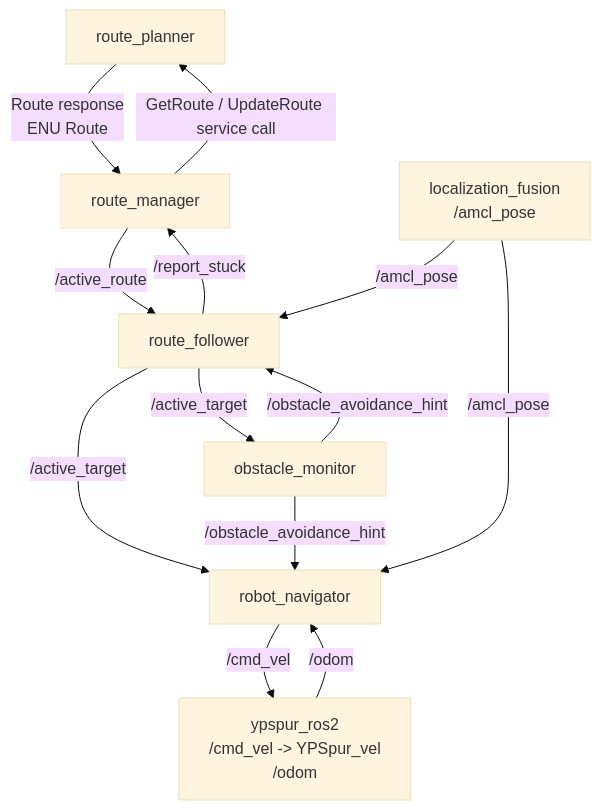
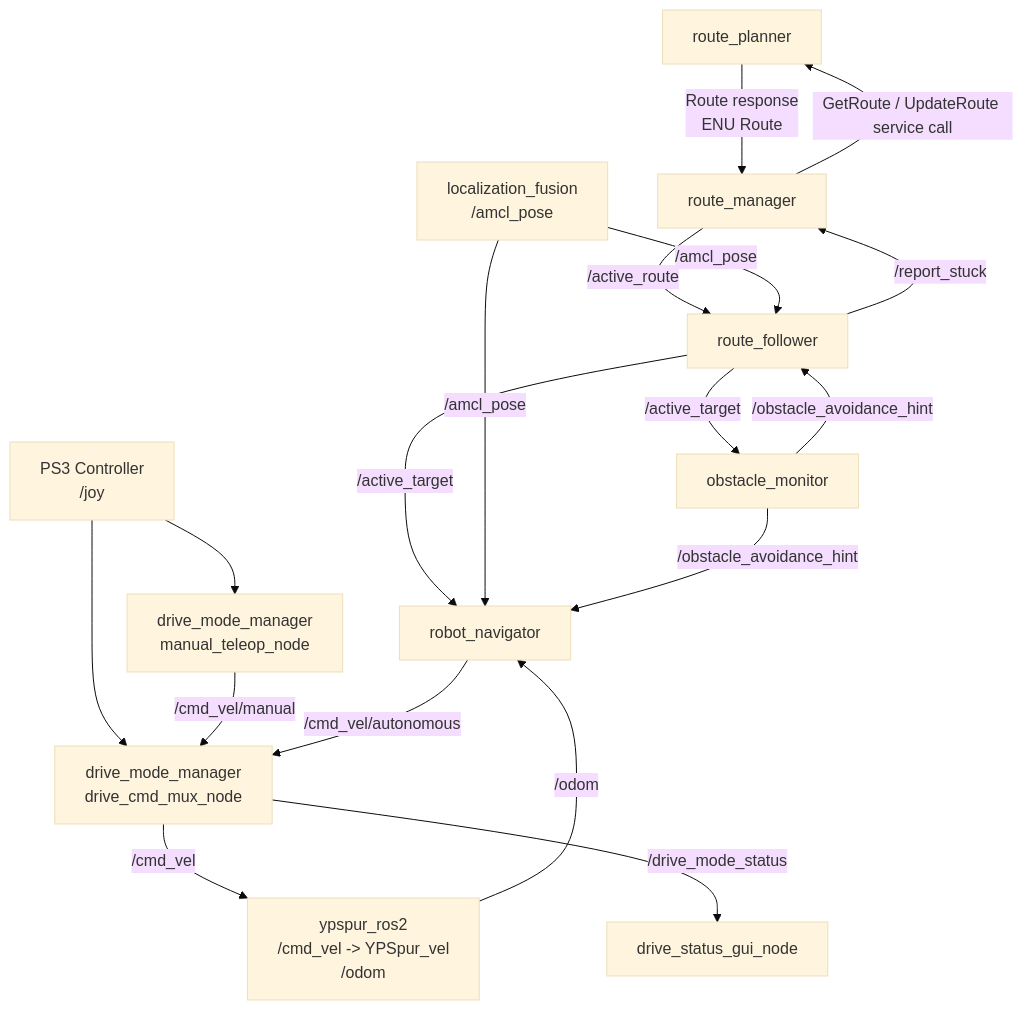
The third of 7 diagrams in docs/次期システム_アーキテクチャ検討レポート.md (kazoga/tc2026), drawn with Mermaid (base theme) before and after one commit. The commit also changed other lines of this file and 6 other files, not shown here.

Commit message:
docs: add drive mode manager design

````diff
--- a/docs/次期システム_アーキテクチャ検討レポート.md
+++ b/docs/次期システム_アーキテクチャ検討レポート.md
@@ -371,23 +400,32 @@
 ```mermaid
 flowchart TD
   RP["route_planner"]
   RM["route_manager"]
   RF["route_follower"]
   RN["robot_navigator"]
   OM["obstacle_monitor"]
   LOC["localization_fusion<br/>/amcl_pose"]
+  JOY["PS3 Controller<br/>/joy"]
+  TELEOP["drive_mode_manager<br/>manual_teleop_node"]
+  MUX["drive_mode_manager<br/>drive_cmd_mux_node"]
+  DGUI["drive_status_gui_node"]
   YP["ypspur_ros2<br/>/cmd_vel -> YPSpur_vel<br/>/odom"]
 
   RM -- "GetRoute / UpdateRoute service call" --> RP
   RP -- "Route response<br/>ENU Route" --> RM
   RM -- "/active_route" --> RF
   LOC -- "/amcl_pose" --> RF
   RF -- "/active_target" --> RN
   RF -- "/active_target" --> OM
   LOC -- "/amcl_pose" --> RN
   YP -- "/odom" --> RN
   OM -- "/obstacle_avoidance_hint" --> RF
   OM -- "/obstacle_avoidance_hint" --> RN
-  RN -- "/cmd_vel" --> YP
+  JOY --> TELEOP
+  JOY --> MUX
+  TELEOP -- "/cmd_vel/manual" --> MUX
+  RN -- "/cmd_vel/autonomous" --> MUX
+  MUX -- "/cmd_vel" --> YP
+  MUX -- "/drive_mode_status" --> DGUI
   RF -- "/report_stuck" --> RM
 ```
````
